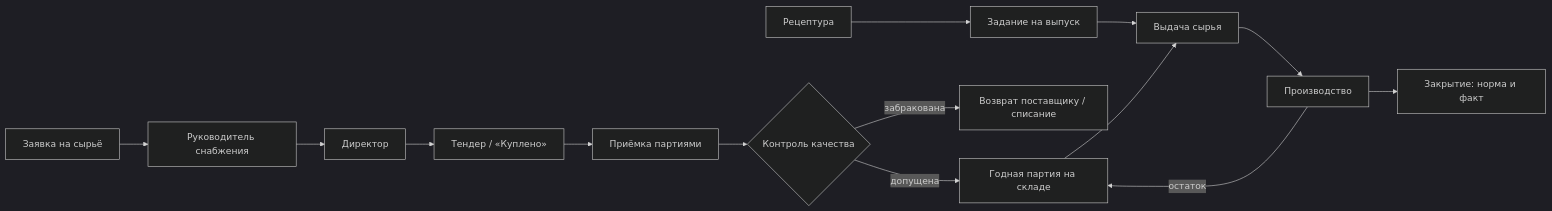
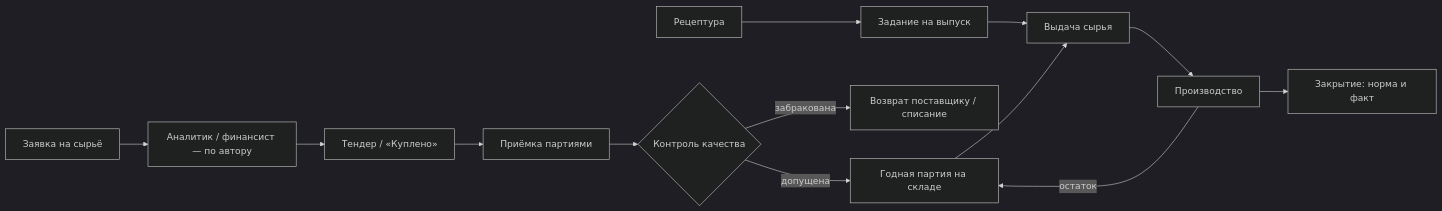
One commit to rahimjanb/OneBase changed the diagram in docs/guide/raw-materials.md. Above: the diagram before and after it, drawn with Mermaid (dark theme). The commit also changed other lines of this file and 216 other files, not shown here.

````diff
--- a/docs/guide/raw-materials.md
+++ b/docs/guide/raw-materials.md
@@ -24,10 +32,10 @@
 ```mermaid
 flowchart LR
-  A[Заявка на сырьё] --> B[Руководитель снабжения] --> C[Директор] --> D[Тендер / «Куплено»]
+  A[Заявка на сырьё] --> B[Аналитик / финансист — по автору] --> D[Тендер / «Куплено»]
   D --> E[Приёмка партиями] --> F{Контроль качества}
   F -->|допущена| G[Годная партия на складе]
   F -->|забракована| X[Возврат поставщику / списание]
   R[Рецептура] --> O[Задание на выпуск] --> I[Выдача сырья] --> P[Производство] --> K[Закрытие: норма и факт]
   G --> I
   P -->|остаток| G
 ```
````
